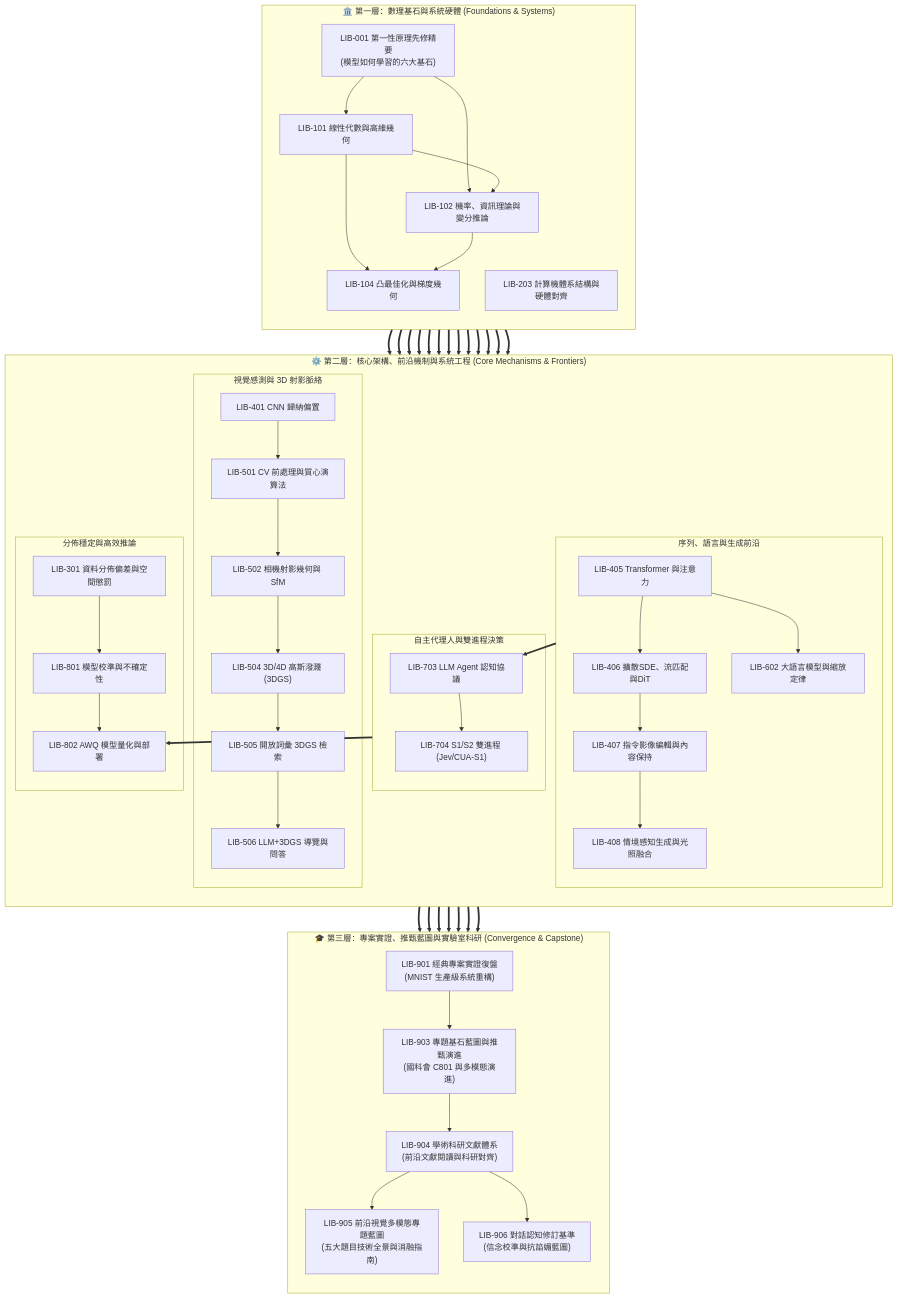
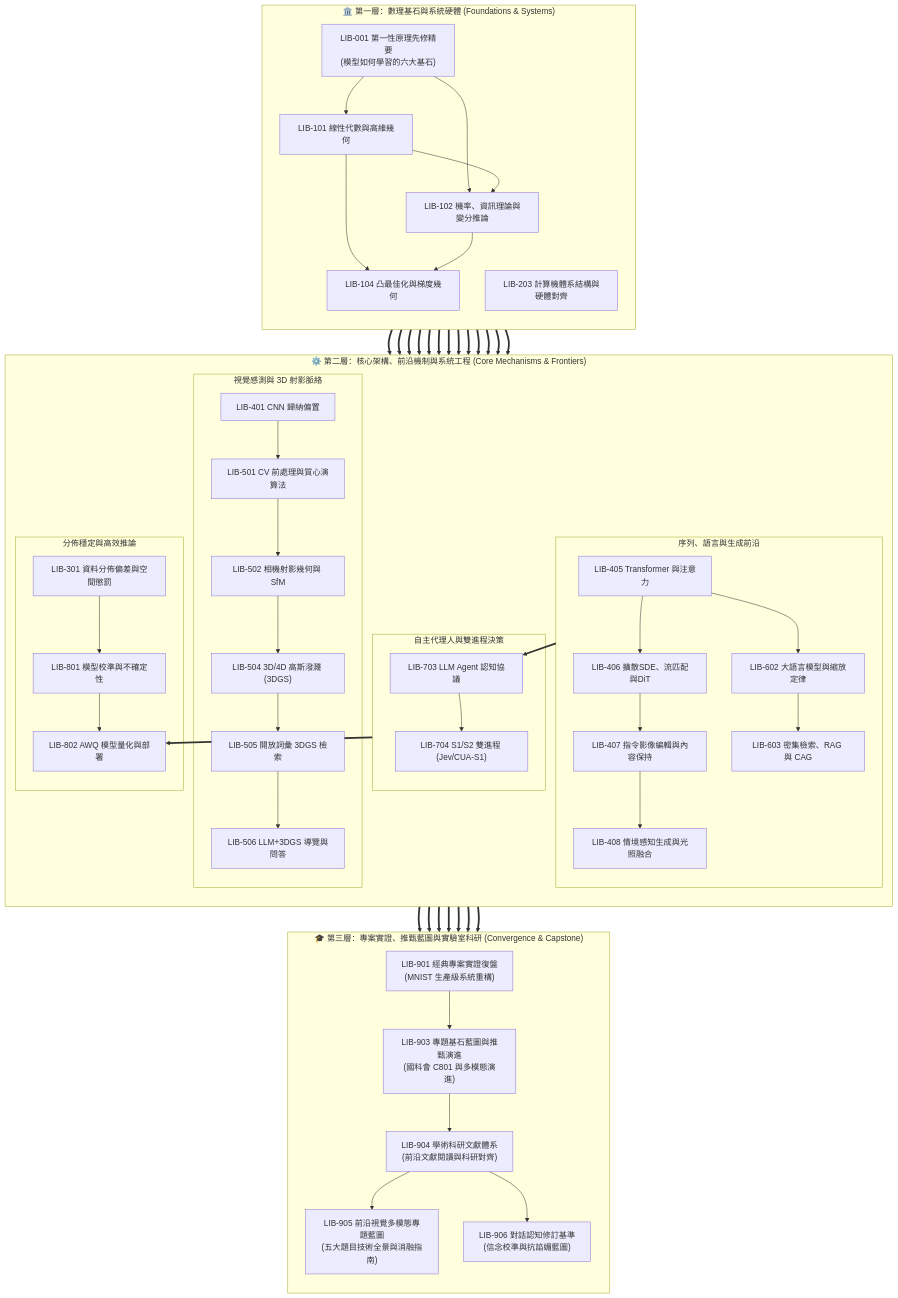
Before and after one commit to OPluke11-abula/library: the diagram in 00_總覽與拓樸導覽/LIB-000 圖書館總覽與拓樸導覽系統 (Grand Library Index & Navigator).md, drawn with Mermaid. The commit also changed other lines of this file and 19 other files, not shown here.

First line of the commit message:
feat(nlp): add LIB-603 RAG/CAG architecture and expand LIB-301/602/703/802/906 (#19)

```diff
--- a/00_總覽與拓樸導覽/LIB-000 圖書館總覽與拓樸導覽系統 (Grand Library Index & Navigator).md
+++ b/00_總覽與拓樸導覽/LIB-000 圖書館總覽與拓樸導覽系統 (Grand Library Index & Navigator).md
@@ -131,10 +131,12 @@
             LIB407["LIB-407 指令影像編輯與內容保持"]
             LIB408["LIB-408 情境感知生成與光照融合"]
             LIB602["LIB-602 大語言模型與縮放定律"]
+            LIB603["LIB-603 密集檢索、RAG 與 CAG"]
             LIB405 --> LIB406
             LIB406 --> LIB407
             LIB407 --> LIB408
             LIB405 --> LIB602
+            LIB602 --> LIB603
         end
 
         subgraph AgentAxis["自主代理人與雙進程決策"]
```
